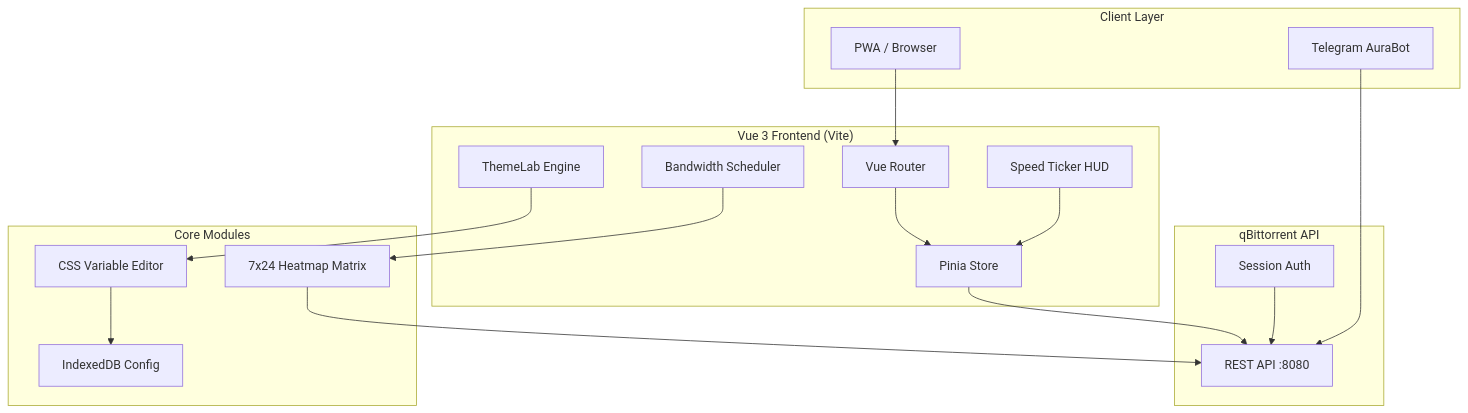
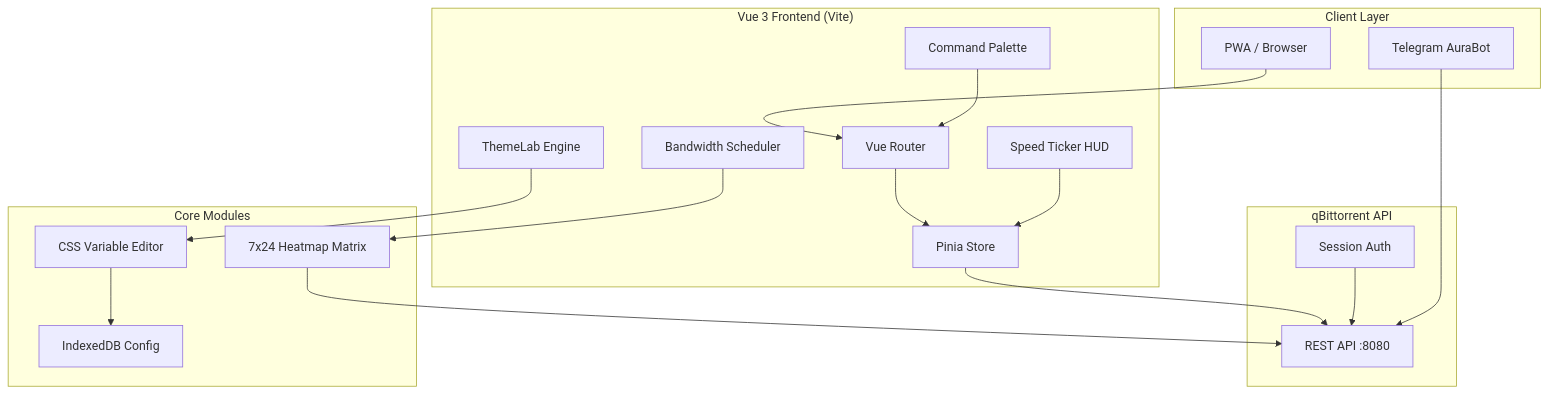
Before and after one commit to BiosSystem/AuraTorrent: the diagram in README.md, drawn with Mermaid. The commit also changed other lines of this file, not shown here.

Commit message:
Update readme with command palette feature

````diff
--- a/README.md
+++ b/README.md
@@ -51,37 +51,39 @@
 ```mermaid
 graph TB
     subgraph Client["Client Layer"]
         PWA["PWA / Browser"]
         BOT["Telegram AuraBot"]
     end
 
     subgraph Frontend["Vue 3 Frontend (Vite)"]
         ROUTER["Vue Router"]
         STORE["Pinia Store"]
         THEME["ThemeLab Engine"]
         SCHED["Bandwidth Scheduler"]
         TICKER["Speed Ticker HUD"]
+        CMD["Command Palette"]
     end
 
     subgraph API["qBittorrent API"]
         REST["REST API :8080"]
         AUTH["Session Auth"]
     end
 
     subgraph Features["Core Modules"]
         MATRIX["7x24 Heatmap Matrix"]
         CSSVAR["CSS Variable Editor"]
         IDB["IndexedDB Config"]
     end
 
     PWA --> ROUTER
     ROUTER --> STORE
     STORE --> REST
     AUTH --> REST
     THEME --> CSSVAR
     CSSVAR --> IDB
     SCHED --> MATRIX
     MATRIX --> REST
     TICKER --> STORE
+    CMD --> ROUTER
     BOT --> REST
 ```
````
